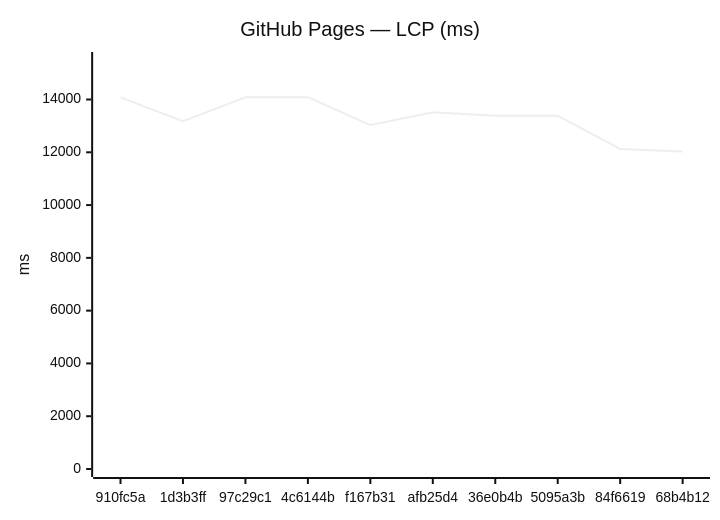
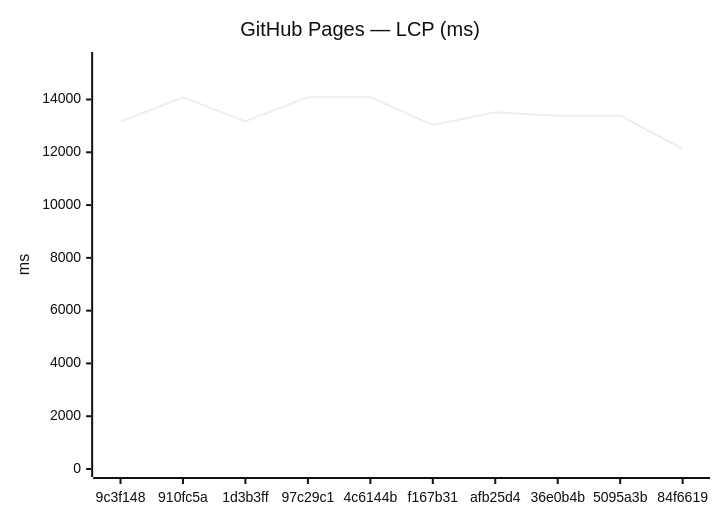
The third of 18 diagrams in benchmarks/compare.md (Metaheurist/Rianell), drawn with Mermaid (neutral theme) before and after one commit. The commit also changed other lines of this file and 11 other files, not shown here.

````diff
--- a/benchmarks/compare.md
+++ b/benchmarks/compare.md
@@ -54,7 +54,7 @@
 ```mermaid
 xychart-beta
     title "GitHub Pages — LCP (ms)"
-    x-axis ["910fc5a", "1d3b3ff", "97c29c1", "4c6144b", "f167b31", "afb25d4", "36e0b4b", "5095a3b", "84f6619", "68b4b12"]
+    x-axis ["9c3f148", "910fc5a", "1d3b3ff", "97c29c1", "4c6144b", "f167b31", "afb25d4", "36e0b4b", "5095a3b", "84f6619"]
     y-axis "ms" 0 --> 15497
-    line [14081, 13177, 14085, 14088, 13032, 13521, 13383, 13388, 12127, 12028]
+    line [13156, 14081, 13177, 14085, 14088, 13032, 13521, 13383, 13388, 12127]
 ```
````
